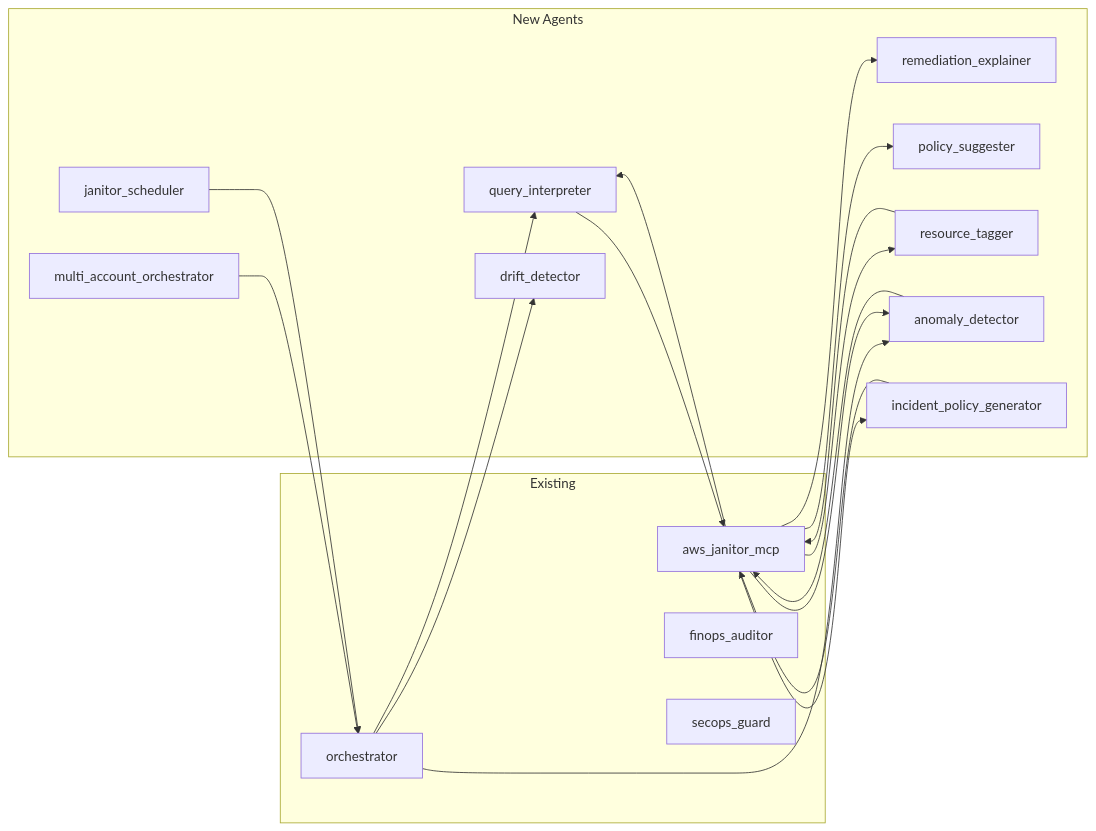
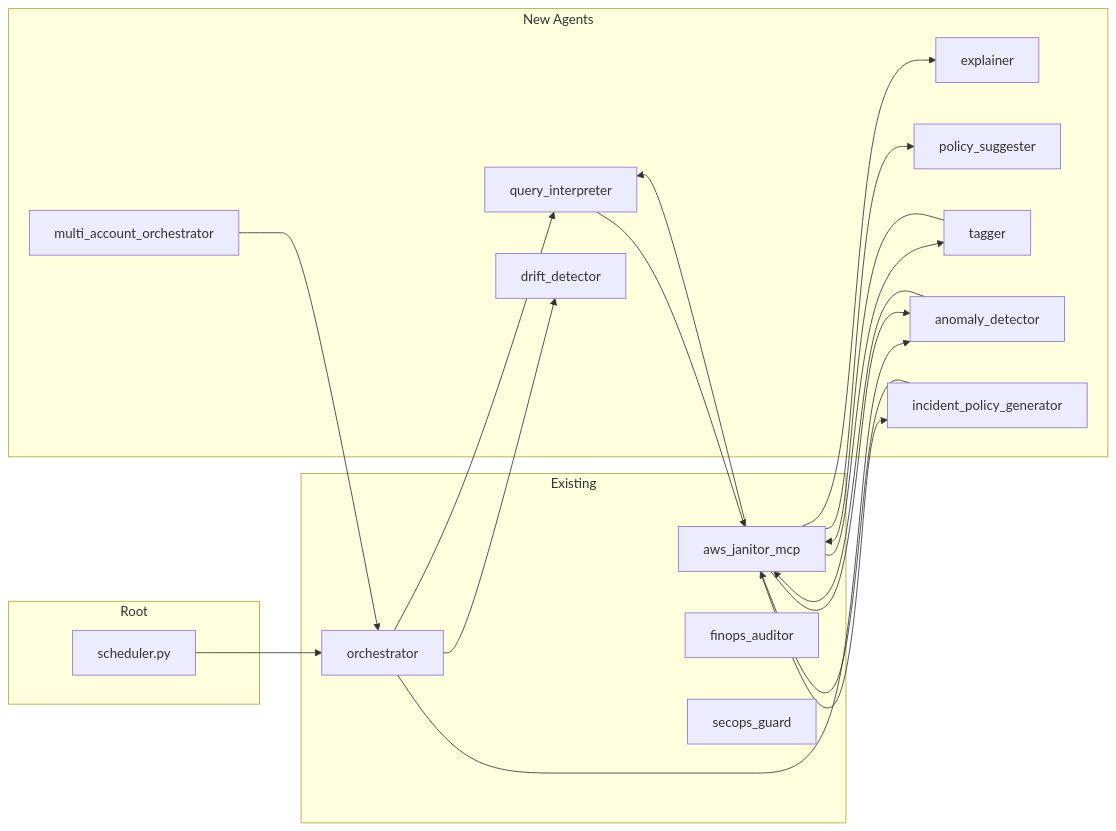
Before and after one commit to darthrevan030/kiro-buildfest-2026: the fifth of 5 diagrams in .kiro/specs/cloud-janitor-phase-bc/design.md, drawn with Mermaid. The commit also changed other lines of this file and 1 other file, not shown here.

First line of the commit message:
docs(specs): refine cloud-janitor phase B+C API contracts and responsibilities

````diff
--- a/.kiro/specs/cloud-janitor-phase-bc/design.md
+++ b/.kiro/specs/cloud-janitor-phase-bc/design.md
@@ -1621,39 +1775,42 @@
 ```mermaid
 graph LR
     subgraph New Agents
         QI[query_interpreter]
-        RE[remediation_explainer]
+        RE[explainer]
         PS[policy_suggester]
-        RT[resource_tagger]
+        RT[tagger]
         AD[anomaly_detector]
         IPG[incident_policy_generator]
         DD[drift_detector]
         MAO[multi_account_orchestrator]
-        JS[janitor_scheduler]
+    end
+
+    subgraph Root
+        JS[scheduler.py]
     end
 
     subgraph Existing
         Orch[orchestrator]
         MCP[aws_janitor_mcp]
         FinOps[finops_auditor]
         SecOps[secops_guard]
     end
 
     QI --> MCP
     AD --> MCP
     IPG --> MCP
     RT --> MCP
 
     MAO --> Orch
     JS --> Orch
     Orch --> QI
     Orch --> AD
     Orch --> DD
 
     MCP --> QI
     MCP --> RE
     MCP --> PS
     MCP --> RT
     MCP --> AD
     MCP --> IPG
 ```
````
